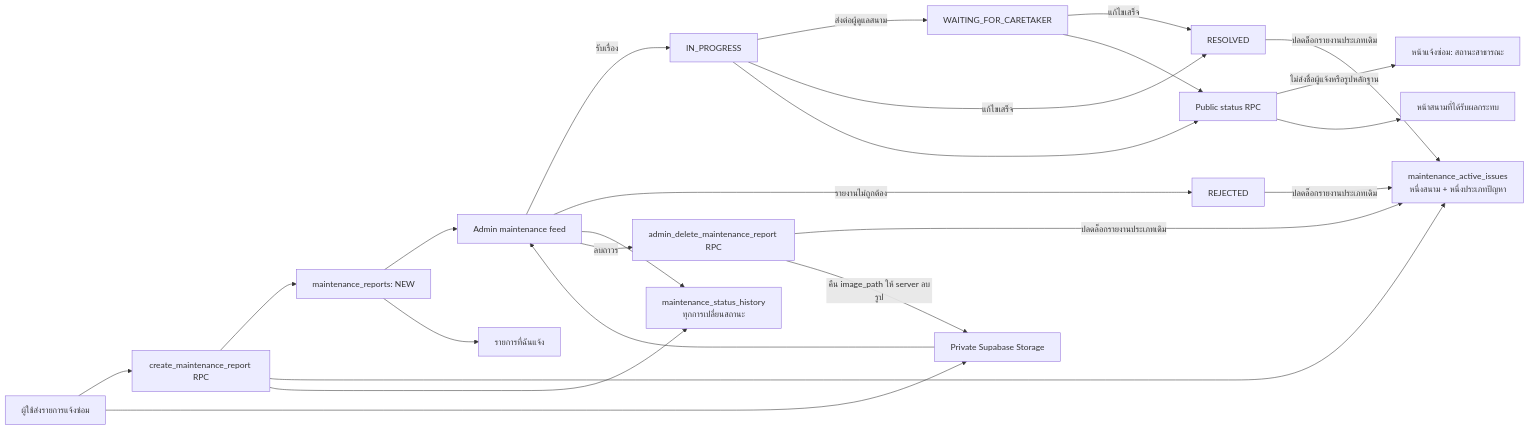
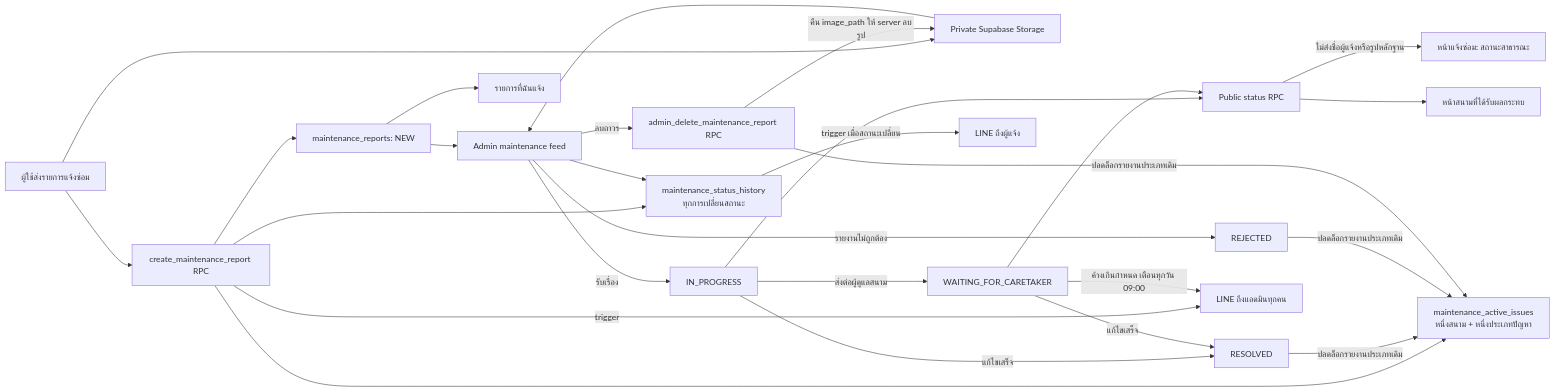
The diagram in docs/diagrams/maintenance-status-flow.md (Nokpednam/MeQ-web-app), drawn with Mermaid before and after one commit. The commit also changed 20 other files, not shown here.

First line of the commit message:
docs: update diagrams for LINE notifications, maintenance history, and onboarding

````diff
--- a/docs/diagrams/maintenance-status-flow.md
+++ b/docs/diagrams/maintenance-status-flow.md
@@ -3,26 +3,29 @@
 ```mermaid
 flowchart LR
     U["ผู้ใช้ส่งรายการแจ้งซ่อม"] --> T["create_maintenance_report RPC"]
     T --> R["maintenance_reports: NEW"]
     T --> D["maintenance_active_issues<br/>หนึ่งสนาม + หนึ่งประเภทปัญหา"]
     U --> S["Private Supabase Storage"]
     R --> A["Admin maintenance feed"]
     S --> A
     A -->|"รับเรื่อง"| I["IN_PROGRESS"]
     I -->|"ส่งต่อผู้ดูแลสนาม"| W["WAITING_FOR_CARETAKER"]
     I -->|"แก้ไขเสร็จ"| X["RESOLVED"]
     W -->|"แก้ไขเสร็จ"| X
     A -->|"รายงานไม่ถูกต้อง"| J["REJECTED"]
     X -->|"ปลดล็อกรายงานประเภทเดิม"| D
     J -->|"ปลดล็อกรายงานประเภทเดิม"| D
     T --> H["maintenance_status_history<br/>ทุกการเปลี่ยนสถานะ"]
     A --> H
     I --> P["Public status RPC"]
     W --> P
     P -->|"ไม่ส่งชื่อผู้แจ้งหรือรูปหลักฐาน"| M["หน้าแจ้งซ่อม: สถานะสาธารณะ"]
     P --> C["หน้าสนามที่ได้รับผลกระทบ"]
     R --> O["รายการที่ฉันแจ้ง"]
     A -->|"ลบถาวร"| DEL["admin_delete_maintenance_report RPC"]
     DEL -->|"ปลดล็อกรายงานประเภทเดิม"| D
     DEL -->|"คืน image_path ให้ server ลบรูป"| S
+    T -->|"trigger"| N1["LINE ถึงแอดมินทุกคน"]
+    H -->|"trigger เมื่อสถานะเปลี่ยน"| N2["LINE ถึงผู้แจ้ง"]
+    W -->|"ค้างเกินกำหนด เตือนทุกวัน 09:00"| N1
 ```
````
